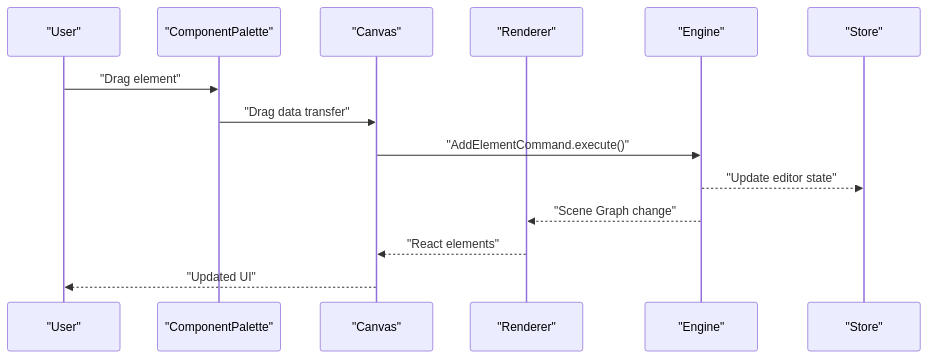
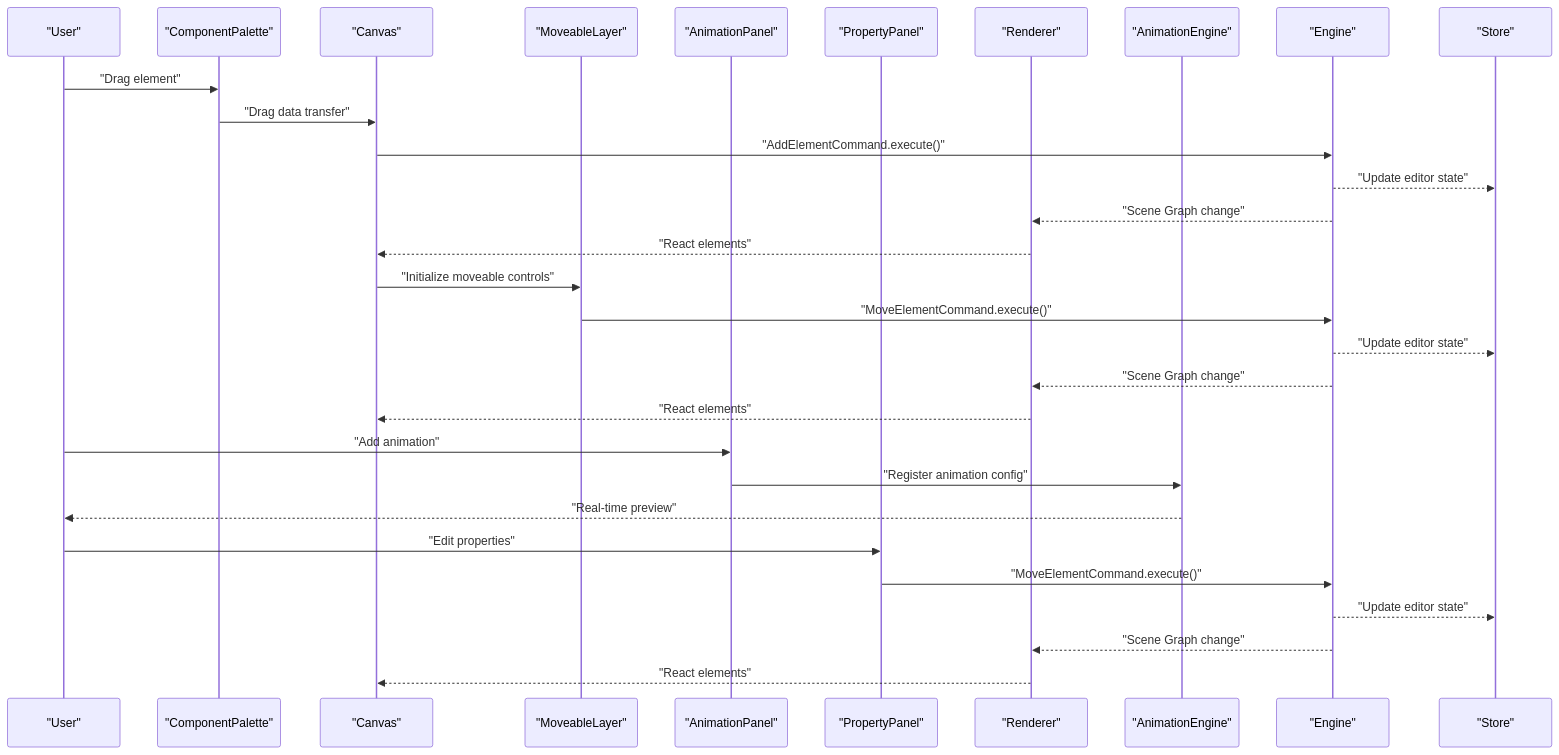
The second of 3 diagrams in .qoder/repowiki/en/content/User Interface Components.md (Anna0314zy/ai_editor_enginer), drawn with Mermaid before and after one commit. The commit also changed other lines of this file and 10 other files, not shown here.

````diff
--- a/.qoder/repowiki/en/content/User Interface Components.md
+++ b/.qoder/repowiki/en/content/User Interface Components.md
@@ -145,16 +208,32 @@
 ```mermaid
 sequenceDiagram
 participant U as "User"
 participant P as "ComponentPalette"
 participant C as "Canvas"
+participant MP as "MoveableLayer"
+participant AP as "AnimationPanel"
+participant PP as "PropertyPanel"
 participant R as "Renderer"
+participant AE as "AnimationEngine"
 participant E as "Engine"
 participant S as "Store"
 U->>P : "Drag element"
 P->>C : "Drag data transfer"
 C->>E : "AddElementCommand.execute()"
 E-->>S : "Update editor state"
 E-->>R : "Scene Graph change"
 R-->>C : "React elements"
-C-->>U : "Updated UI"
+C->>MP : "Initialize moveable controls"
+MP->>E : "MoveElementCommand.execute()"
+E-->>S : "Update editor state"
+E-->>R : "Scene Graph change"
+R-->>C : "React elements"
+U->>AP : "Add animation"
+AP->>AE : "Register animation config"
+AE-->>U : "Real-time preview"
+U->>PP : "Edit properties"
+PP->>E : "MoveElementCommand.execute()"
+E-->>S : "Update editor state"
+E-->>R : "Scene Graph change"
+R-->>C : "React elements"
 ```
````
